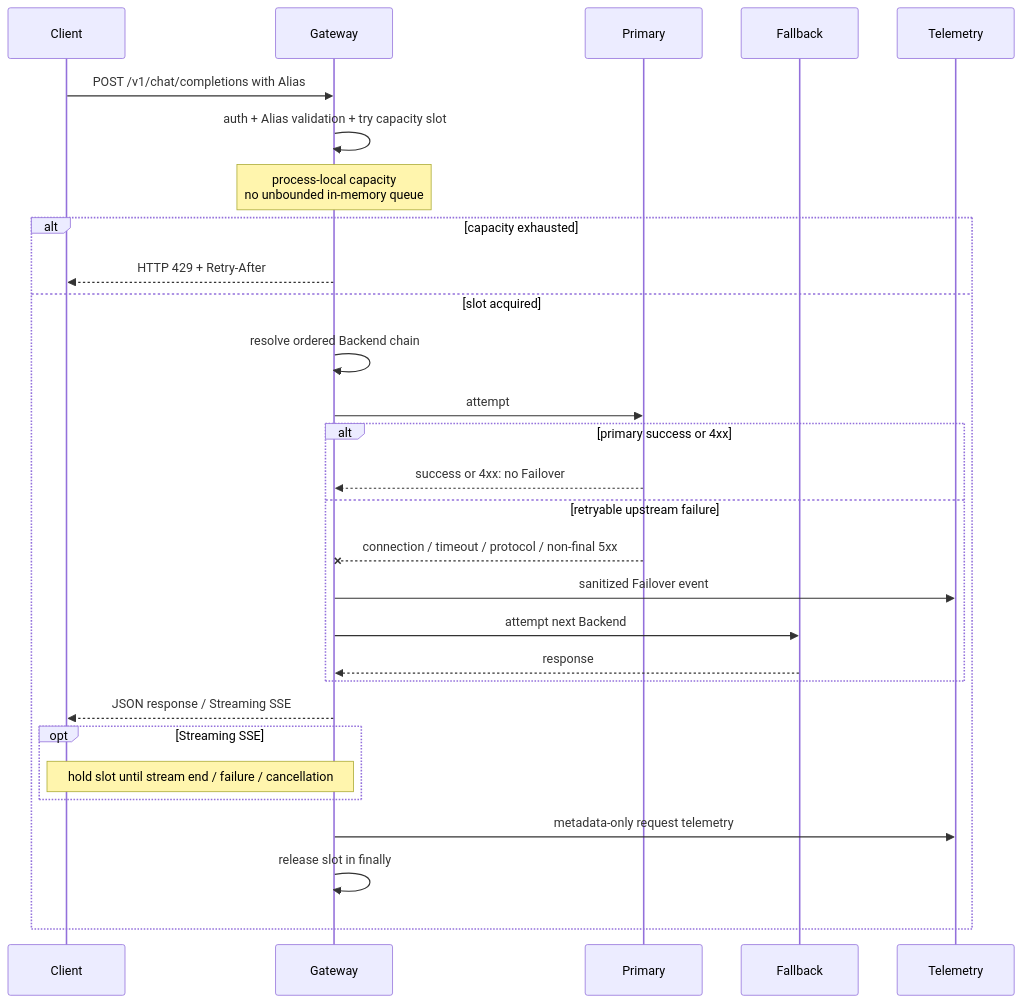
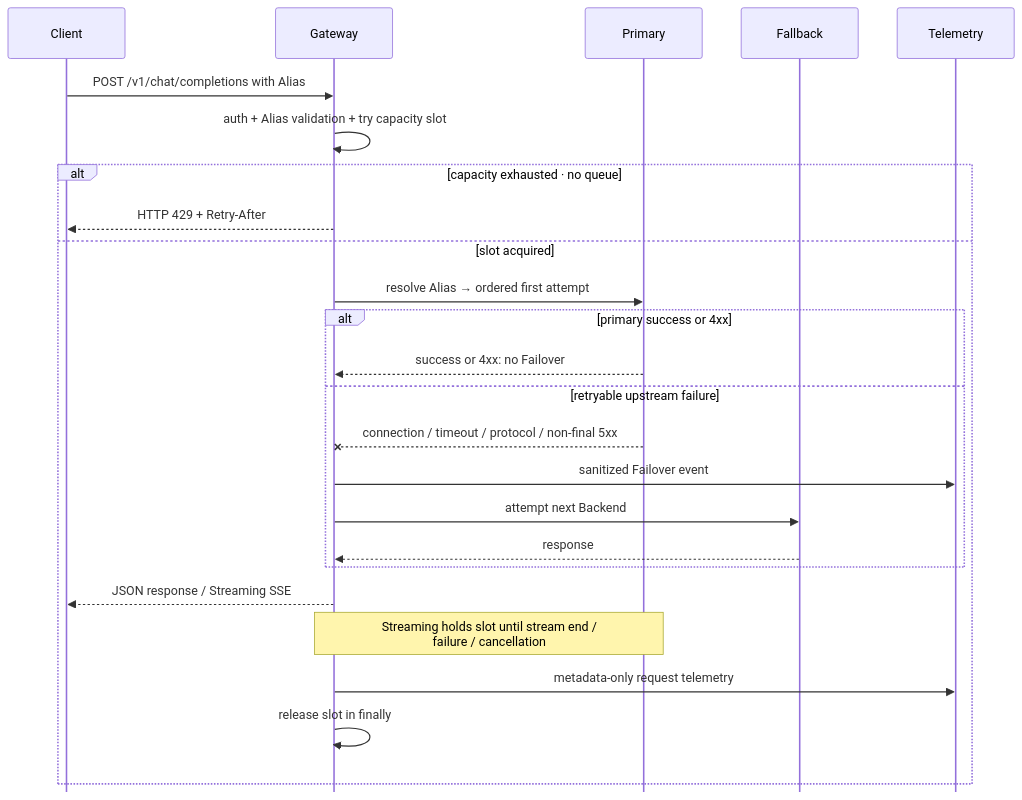
Before and after one commit to kuotunyu/local-inference-bench-gateway: the second of 3 diagrams in README.md, drawn with Mermaid. The commit also changed other lines of this file and 1 other file, not shown here.

Commit message:
docs: refine README diagram layout

````diff
--- a/README.md
+++ b/README.md
@@ -81,33 +79,29 @@
 ```mermaid
-%%{init: {"themeVariables": {"fontSize": "17px"}, "sequence": {"actorFontSize": 17, "messageFontSize": 17, "noteFontSize": 16}}}%%
+%%{init: {"themeVariables": {"fontSize": "17px"}, "sequence": {"actorFontSize": 17, "messageFontSize": 17, "noteFontSize": 16, "messageMargin": 20, "noteMargin": 8, "mirrorActors": false}}}%%
 sequenceDiagram
     participant Client
     participant Gateway
     participant Primary
     participant Fallback
     participant Telemetry
 
     Client->>Gateway: POST /v1/chat/completions with Alias
     Gateway->>Gateway: auth + Alias validation + try capacity slot
-    Note over Gateway: process-local capacity<br/>no unbounded in-memory queue
-    alt capacity exhausted
+    alt capacity exhausted · no queue
         Gateway-->>Client: HTTP 429 + Retry-After
     else slot acquired
-        Gateway->>Gateway: resolve ordered Backend chain
-        Gateway->>Primary: attempt
+        Gateway->>Primary: resolve Alias → ordered first attempt
         alt primary success or 4xx
             Primary-->>Gateway: success or 4xx: no Failover
         else retryable upstream failure
             Primary--xGateway: connection / timeout / protocol / non-final 5xx
             Gateway->>Telemetry: sanitized Failover event
             Gateway->>Fallback: attempt next Backend
             Fallback-->>Gateway: response
         end
         Gateway-->>Client: JSON response / Streaming SSE
-        opt Streaming SSE
-            Note over Client,Gateway: hold slot until stream end / failure / cancellation
-        end
+        Note over Gateway,Primary: Streaming holds slot until stream end /<br/>failure / cancellation
         Gateway->>Telemetry: metadata-only request telemetry
         Gateway->>Gateway: release slot in finally
     end
 ```
````
